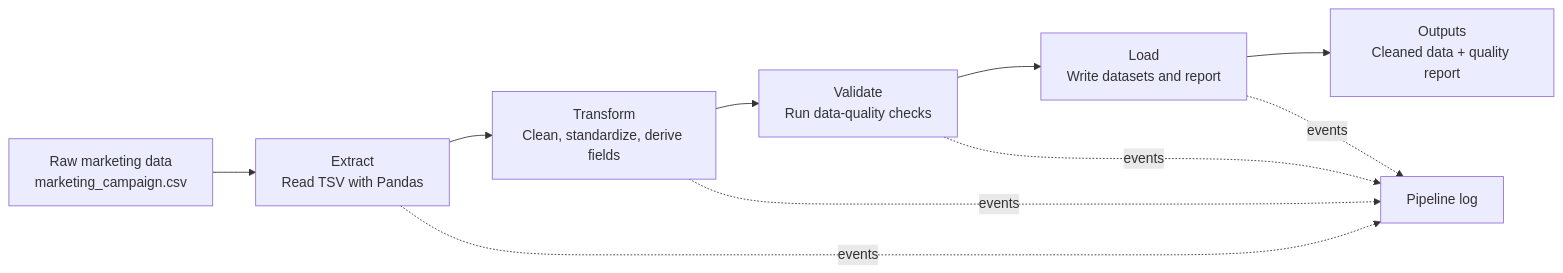
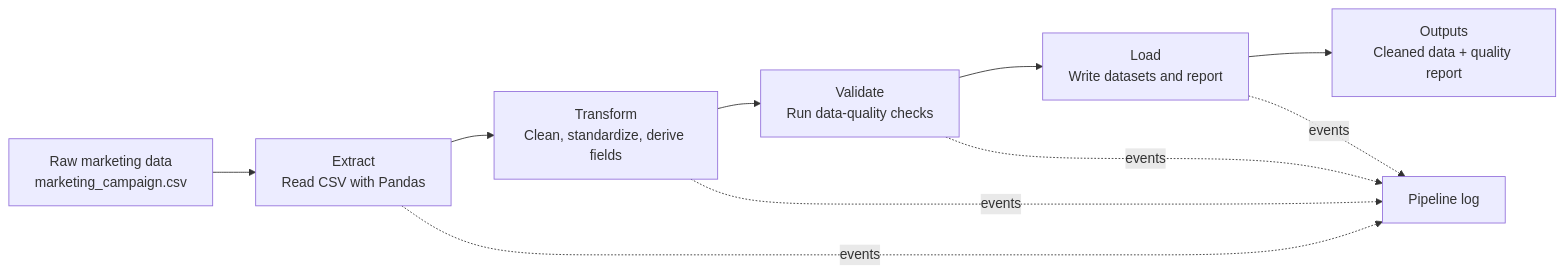
The diagram in README.md (michaelalbert226-lgtm/marketing-campaign-data-pipeline), drawn with Mermaid before and after one commit.

Commit message:
Update README to reflect CSV reading method

````diff
--- a/README.md
+++ b/README.md
@@ -26,12 +26,12 @@
 ```mermaid
 flowchart LR
-    A["Raw marketing data<br/>marketing_campaign.csv"] --> B["Extract<br/>Read TSV with Pandas"]
+    A["Raw marketing data<br/>marketing_campaign.csv"] --> B["Extract<br/>Read CSV with Pandas"]
     B --> C["Transform<br/>Clean, standardize, derive fields"]
     C --> D["Validate<br/>Run data-quality checks"]
     D --> E["Load<br/>Write datasets and report"]
     E --> F["Outputs<br/>Cleaned data + quality report"]
     B -. events .-> G["Pipeline log"]
     C -. events .-> G
     D -. events .-> G
     E -. events .-> G
 ```
````
